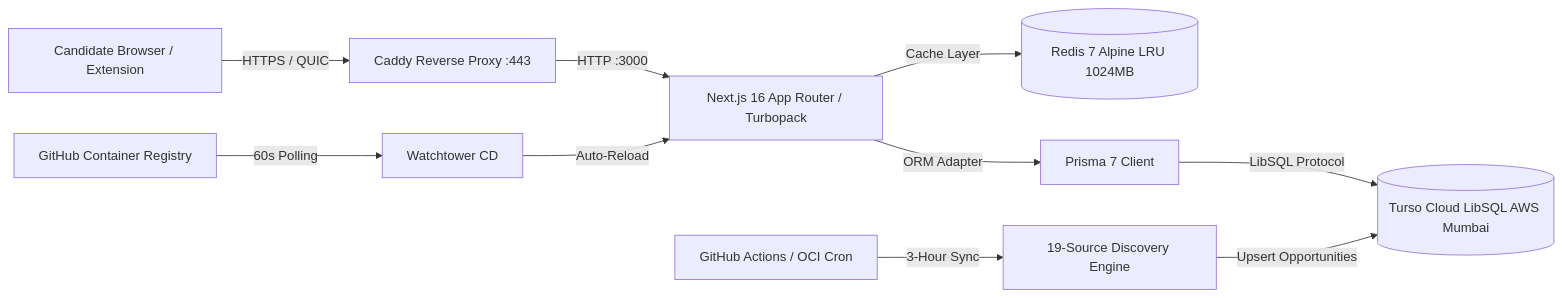
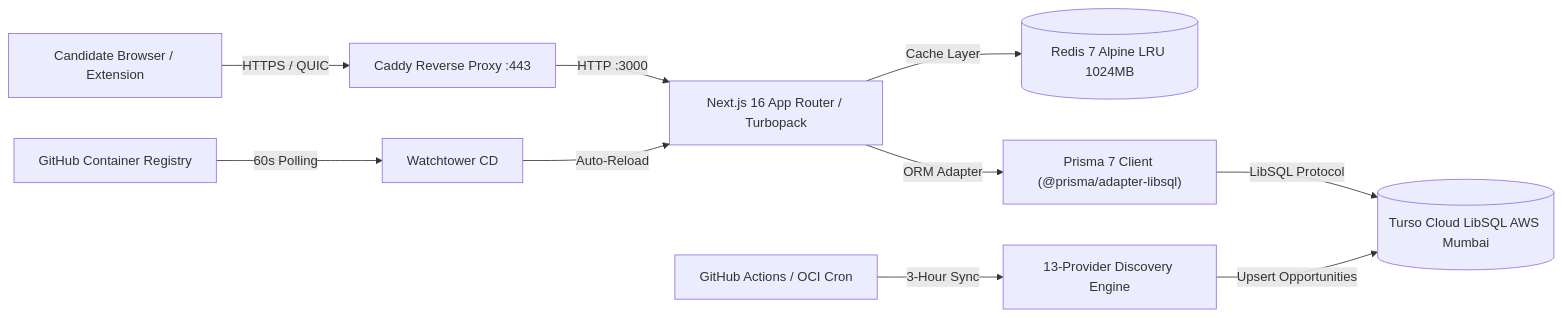
One commit to Hey-Astreon/Career_Engine changed the fourth of 4 diagrams in .agents/skills/career-agent-expert/SKILL.md. Above: the diagram before and after it, drawn with Mermaid. The commit also changed other lines of this file and 91 other files, not shown here.

````diff
--- a/.agents/skills/career-agent-expert/SKILL.md
+++ b/.agents/skills/career-agent-expert/SKILL.md
@@ -118,12 +163,12 @@
 ```mermaid
 graph LR
-    User[Candidate Browser / Extension] -->|HTTPS / QUIC| Caddy[Caddy Reverse Proxy :443]
-    Caddy -->|HTTP :3000| Next[Next.js 16 App Router / Turbopack]
-    Next -->|Cache Layer| Redis[(Redis 7 Alpine LRU 1024MB)]
-    Next -->|ORM Adapter| Prisma[Prisma 7 Client]
-    Prisma -->|LibSQL Protocol| Turso[(Turso Cloud LibSQL AWS Mumbai)]
-    Cron[GitHub Actions / OCI Cron] -->|3-Hour Sync| Scrapers[19-Source Discovery Engine]
+    User["Candidate Browser / Extension"] -->|HTTPS / QUIC| Caddy["Caddy Reverse Proxy :443"]
+    Caddy -->|HTTP :3000| Next["Next.js 16 App Router / Turbopack"]
+    Next -->|Cache Layer| Redis[("Redis 7 Alpine LRU 1024MB")]
+    Next -->|ORM Adapter| Prisma["Prisma 7 Client (@prisma/adapter-libsql)"]
+    Prisma -->|LibSQL Protocol| Turso[("Turso Cloud LibSQL AWS Mumbai")]
+    Cron["GitHub Actions / OCI Cron"] -->|3-Hour Sync| Scrapers["13-Provider Discovery Engine"]
     Scrapers -->|Upsert Opportunities| Turso
-    GHCR[GitHub Container Registry] -->|60s Polling| WT[Watchtower CD]
+    GHCR["GitHub Container Registry"] -->|60s Polling| WT["Watchtower CD"]
     WT -->|Auto-Reload| Next
 ```
````
